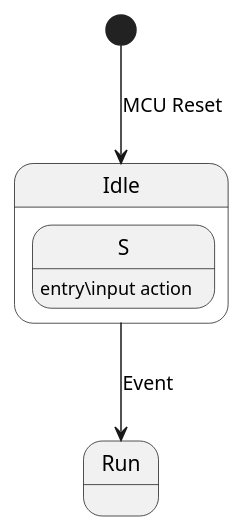
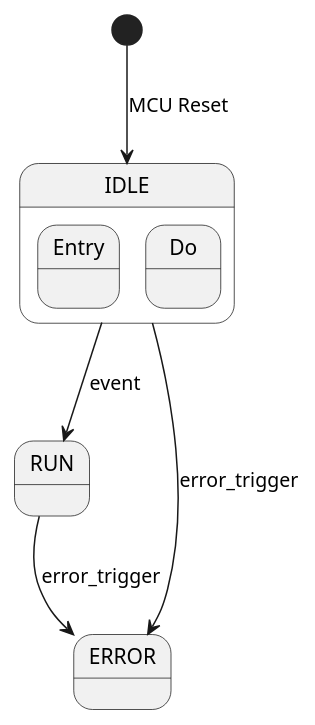
One commit to nguyenhuy0109/Firmware_UAV_ESP32 changed the diagram in graph/statemachine.pu. Above: the diagram before and after it, drawn with PlantUML.

Commit message:
add FSM graph

```diff
--- a/graph/statemachine.pu
+++ b/graph/statemachine.pu
@@ -1,8 +1,10 @@
 @startuml
-state Idle {
-    S : entry\input action
-
+state IDLE {
+    Entry : 
+    Do : 
 }
-[*] --> Idle : MCU Reset
-Idle --> Run : Event
+[*] --> IDLE : MCU Reset
+IDLE --> RUN : event
+IDLE --> ERROR : error_trigger
+RUN --> ERROR : error_trigger
 @enduml
```
